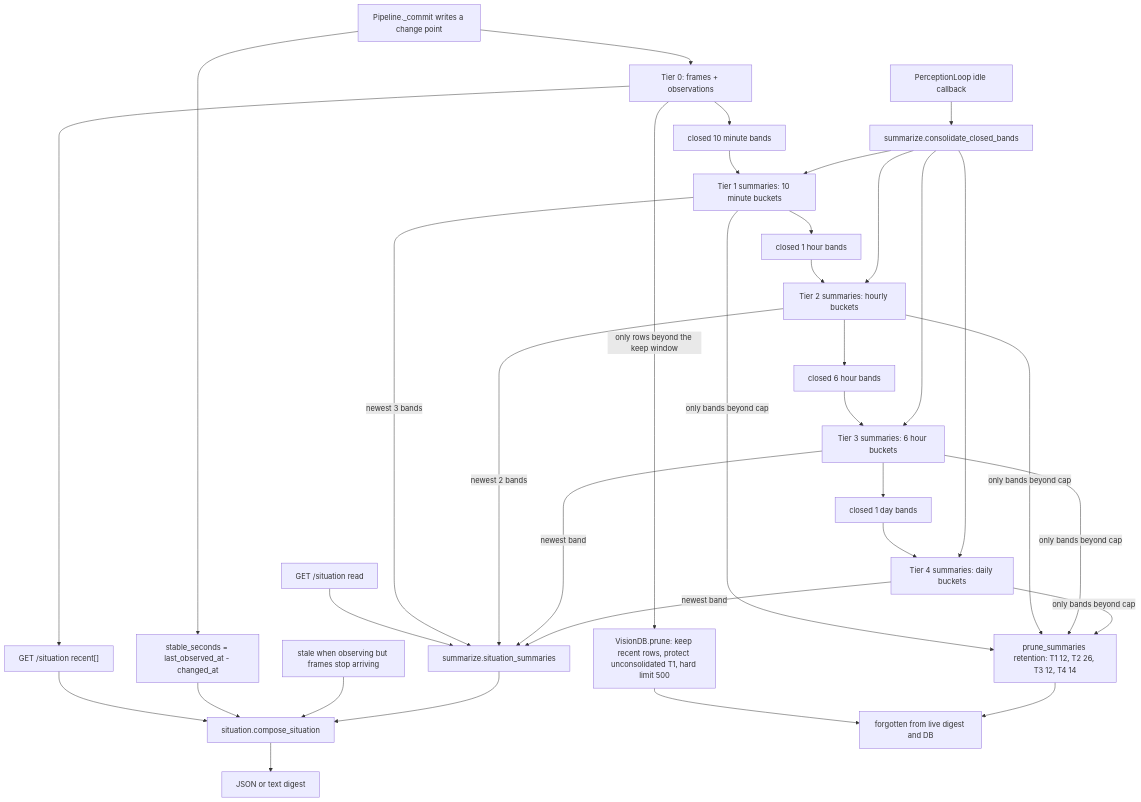
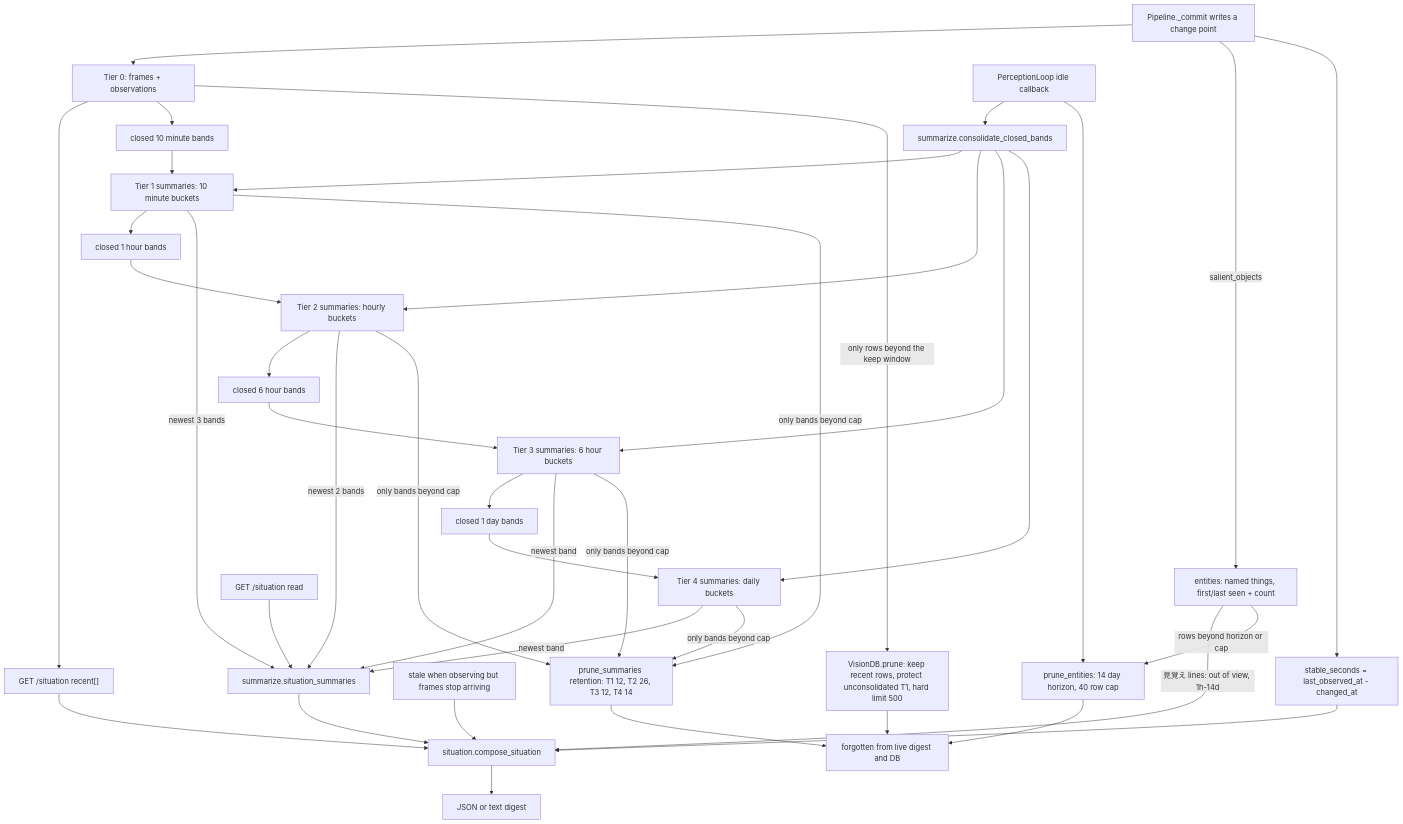
The second of 3 diagrams in doc/guides/m12-vision.md (amariichi/MinimumHeadroom), drawn with Mermaid before and after one commit. The commit also changed other lines of this file and 41 other files, not shown here.

````diff
--- a/doc/guides/m12-vision.md
+++ b/doc/guides/m12-vision.md
@@ -108,59 +117,66 @@
 ```mermaid
 flowchart TB
   Commit["Pipeline._commit writes a change point"]
   T0["Tier 0: frames + observations"]
+  Entities["entities: named things, first/last seen + count"]
   Recent["GET /situation recent[]"]
   Stable["stable_seconds = last_observed_at - changed_at"]
   Stale["stale when observing but frames stop arriving"]
 
   Band1["closed 10 minute bands"]
   T1["Tier 1 summaries: 10 minute buckets"]
   Band2["closed 1 hour bands"]
   T2["Tier 2 summaries: hourly buckets"]
   Band3["closed 6 hour bands"]
   T3["Tier 3 summaries: 6 hour buckets"]
   Band4["closed 1 day bands"]
   T4["Tier 4 summaries: daily buckets"]
   Idle["PerceptionLoop idle callback"]
   Read["GET /situation read"]
   Consolidate["summarize.consolidate_closed_bands"]
   SituationSummaries["summarize.situation_summaries"]
   Compose["situation.compose_situation"]
   Render["JSON or text digest"]
   PruneRaw["VisionDB.prune: keep recent rows, protect unconsolidated T1, hard limit 500"]
   PruneSummaries["prune_summaries retention: T1 12, T2 26, T3 12, T4 14"]
+  PruneEntities["prune_entities: 14 day horizon, 40 row cap"]
   Forgotten["forgotten from live digest and DB"]
   Commit --> T0
+  Commit -- "salient_objects" --> Entities
   Commit --> Stable
   T0 --> Recent
   T0 --> Band1
   Band1 --> T1
   T1 --> Band2
   Band2 --> T2
   T2 --> Band3
   Band3 --> T3
   T3 --> Band4
   Band4 --> T4
   Idle --> Consolidate
   Consolidate --> T1
   Consolidate --> T2
   Consolidate --> T3
   Consolidate --> T4
   Read --> SituationSummaries
   T1 -- "newest 3 bands" --> SituationSummaries
   T2 -- "newest 2 bands" --> SituationSummaries
   T3 -- "newest band" --> SituationSummaries
   T4 -- "newest band" --> SituationSummaries
   Recent --> Compose
   Stable --> Compose
   Stale --> Compose
   SituationSummaries --> Compose
+  Entities -- "見覚え lines: out of view, 1h-14d" --> Compose
   Compose --> Render
   T0 -- "only rows beyond the keep window" --> PruneRaw
   T1 -- "only bands beyond cap" --> PruneSummaries
   T2 -- "only bands beyond cap" --> PruneSummaries
   T3 -- "only bands beyond cap" --> PruneSummaries
   T4 -- "only bands beyond cap" --> PruneSummaries
+  Idle --> PruneEntities
+  Entities -- "rows beyond horizon or cap" --> PruneEntities
   PruneRaw --> Forgotten
   PruneSummaries --> Forgotten
+  PruneEntities --> Forgotten
 ```
````
